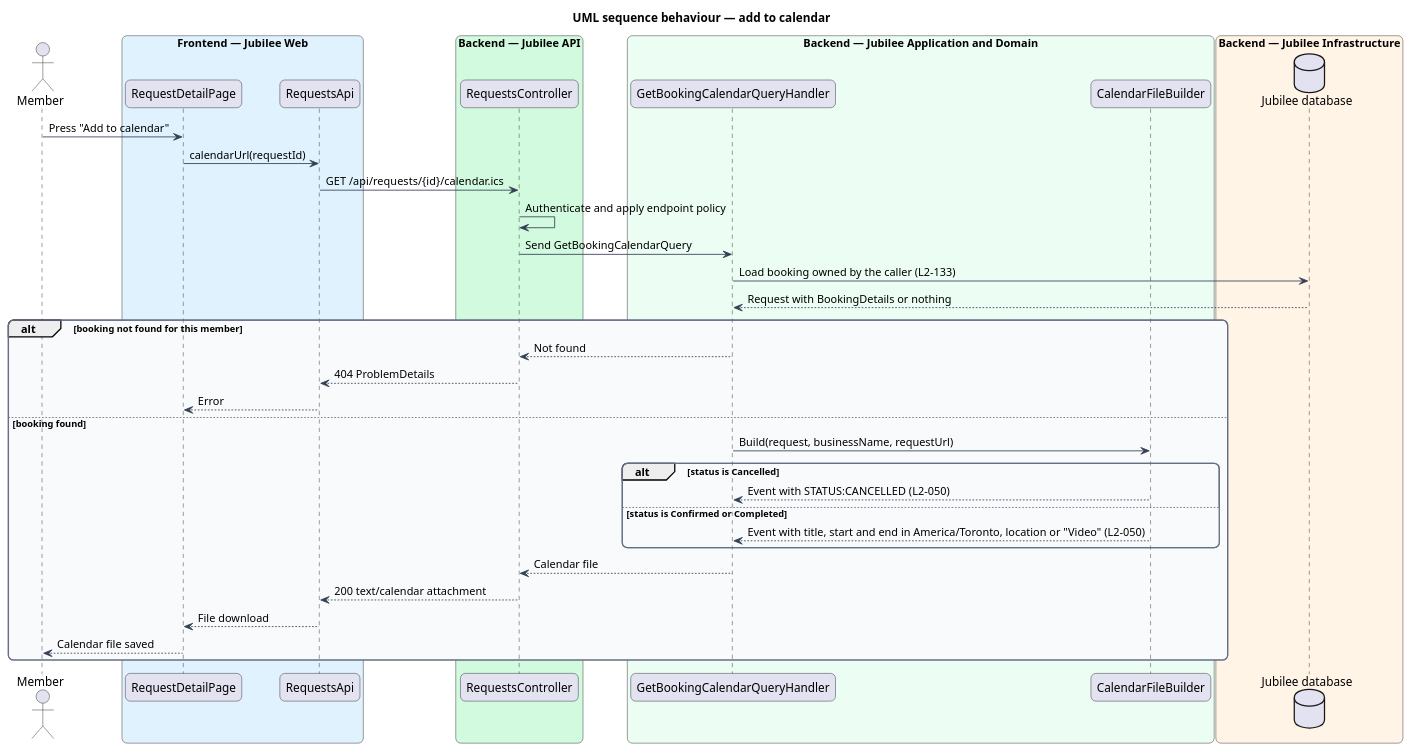
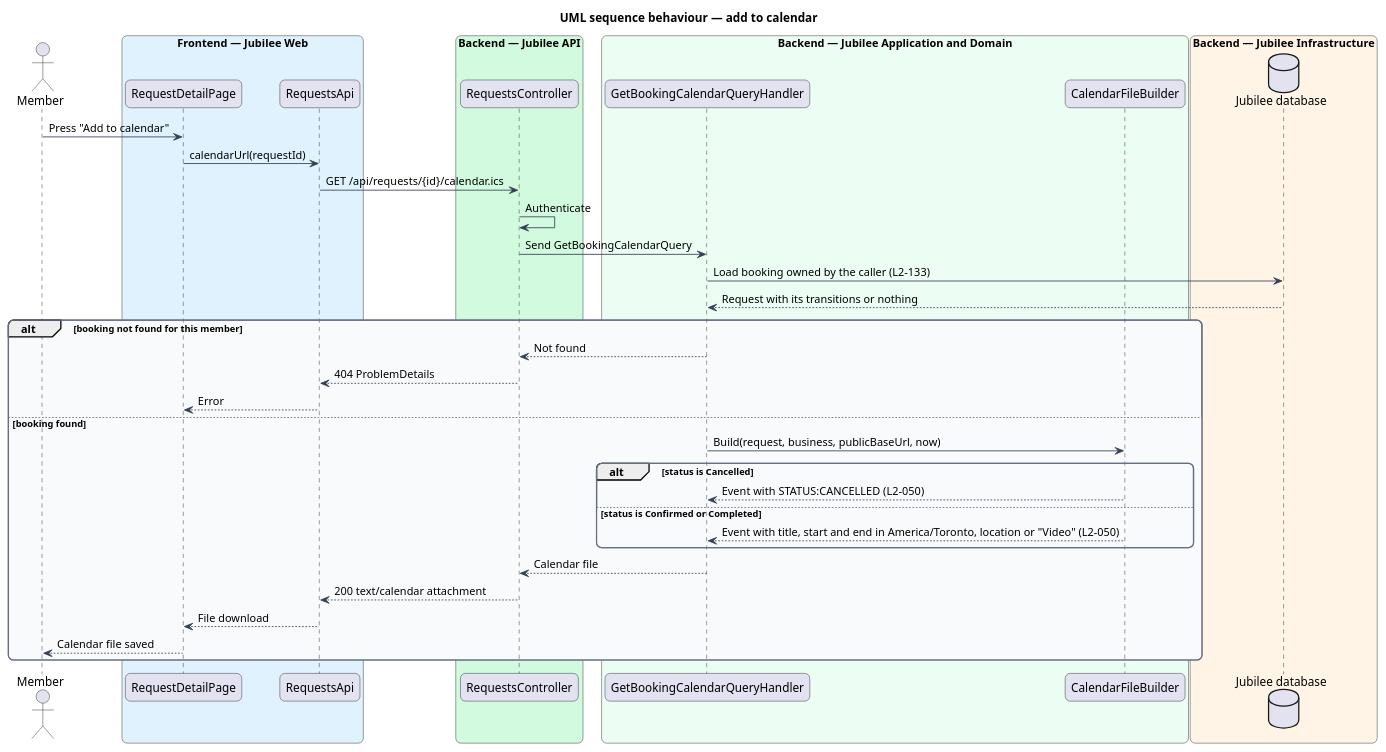
One commit to QuinntyneBrown/jubilee changed the diagram in docs/detailed-designs/requests/book-meeting/diagrams/sequence-add-to-calendar.puml. Above: the diagram before and after it, drawn with PlantUML. The commit also changed 26 other files, not shown here.

```diff
--- a/docs/detailed-designs/requests/book-meeting/diagrams/sequence-add-to-calendar.puml
+++ b/docs/detailed-designs/requests/book-meeting/diagrams/sequence-add-to-calendar.puml
@@ -1,55 +1,55 @@
 @startuml
 title UML sequence behaviour — add to calendar
 skinparam backgroundColor #FFFFFF
 skinparam shadowing false
 skinparam roundcorner 12
 skinparam defaultFontName Arial
 skinparam ArrowColor #344054
 skinparam rectangle {
   BorderColor #344054
   FontColor #101828
 }
 skinparam package {
   BorderColor #667085
   FontColor #101828
   BackgroundColor #F9FAFB
 }
 actor "Member" as actor
 box "Frontend — Jubilee Web" #E0F2FE
   participant "RequestDetailPage" as page
   participant "RequestsApi" as client
 end box
 box "Backend — Jubilee API" #D1FADF
   participant "RequestsController" as controller
 end box
 box "Backend — Jubilee Application and Domain" #ECFDF3
   participant "GetBookingCalendarQueryHandler" as handler
   participant "CalendarFileBuilder" as builder
 end box
 box "Backend — Jubilee Infrastructure" #FFF4E5
   database "Jubilee database" as db
 end box
 actor -> page : Press "Add to calendar"
 page -> client : calendarUrl(requestId)
 client -> controller : GET /api/requests/{id}/calendar.ics
-controller -> controller : Authenticate and apply endpoint policy
+controller -> controller : Authenticate
 controller -> handler : Send GetBookingCalendarQuery
 handler -> db : Load booking owned by the caller (L2-133)
-db --> handler : Request with BookingDetails or nothing
+db --> handler : Request with its transitions or nothing
 alt booking not found for this member
   handler --> controller : Not found
   controller --> client : 404 ProblemDetails
   client --> page : Error
 else booking found
-  handler -> builder : Build(request, businessName, requestUrl)
+  handler -> builder : Build(request, business, publicBaseUrl, now)
   alt status is Cancelled
     builder --> handler : Event with STATUS:CANCELLED (L2-050)
   else status is Confirmed or Completed
     builder --> handler : Event with title, start and end in America/Toronto, location or "Video" (L2-050)
   end
   handler --> controller : Calendar file
   controller --> client : 200 text/calendar attachment
   client --> page : File download
   page --> actor : Calendar file saved
 end
 @enduml
```
